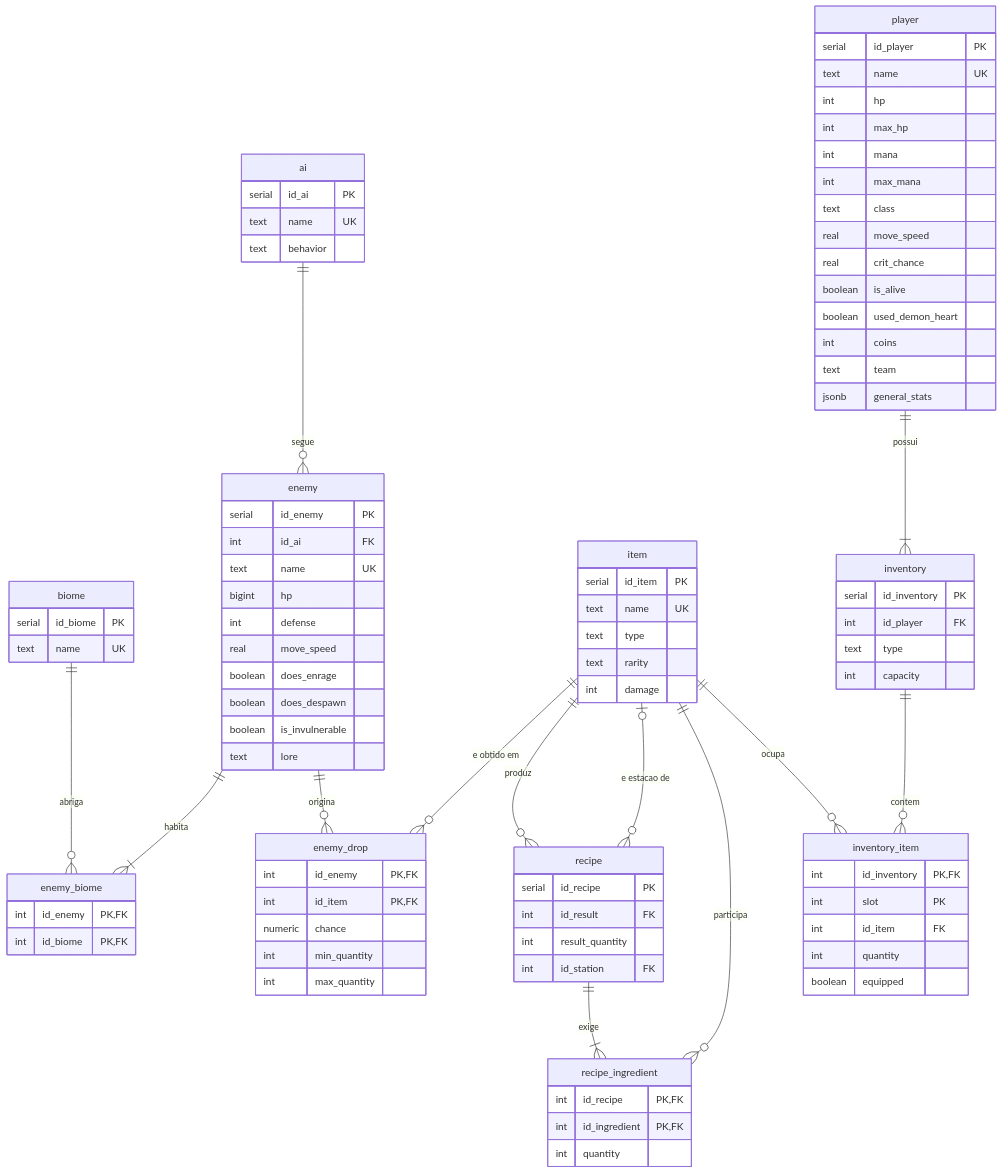
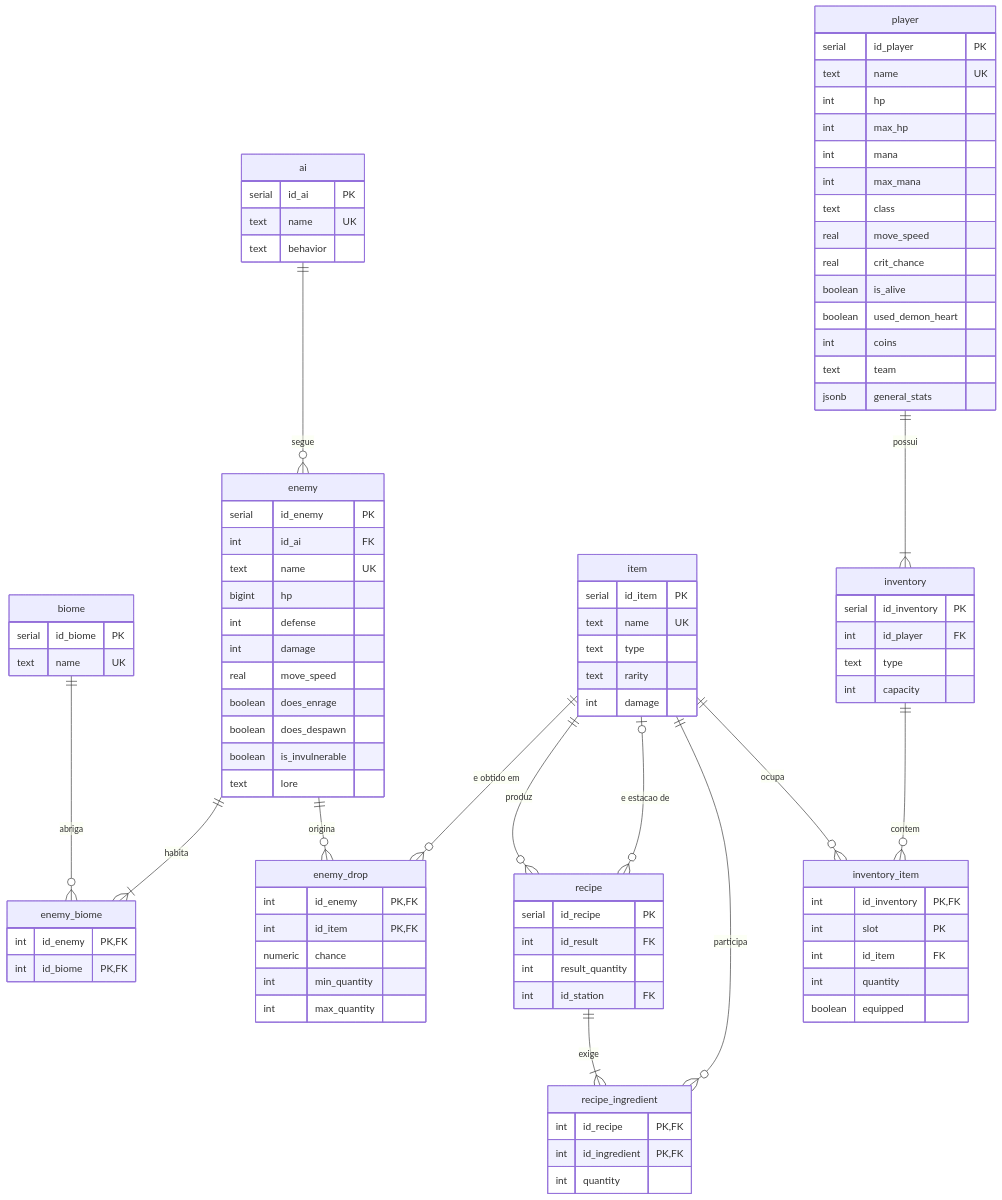
The diagram in docs/iteracao2/der.md (iruziky/terraria_bd), drawn with Mermaid before and after one commit.

Commit message:
adiciona dano dos inimigos ao der

```diff
--- a/docs/iteracao2/der.md
+++ b/docs/iteracao2/der.md
@@ -19,6 +19,7 @@
         text name UK
         bigint hp
         int defense
+        int damage
         real move_speed
         boolean does_enrage
         boolean does_despawn
```
